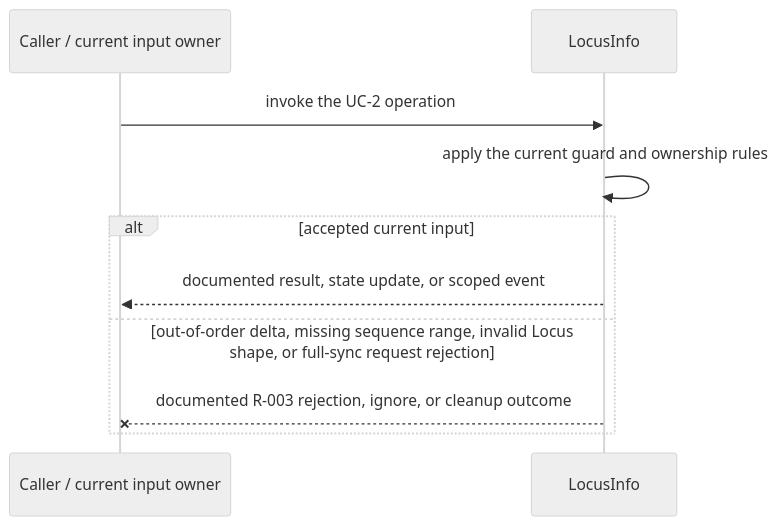
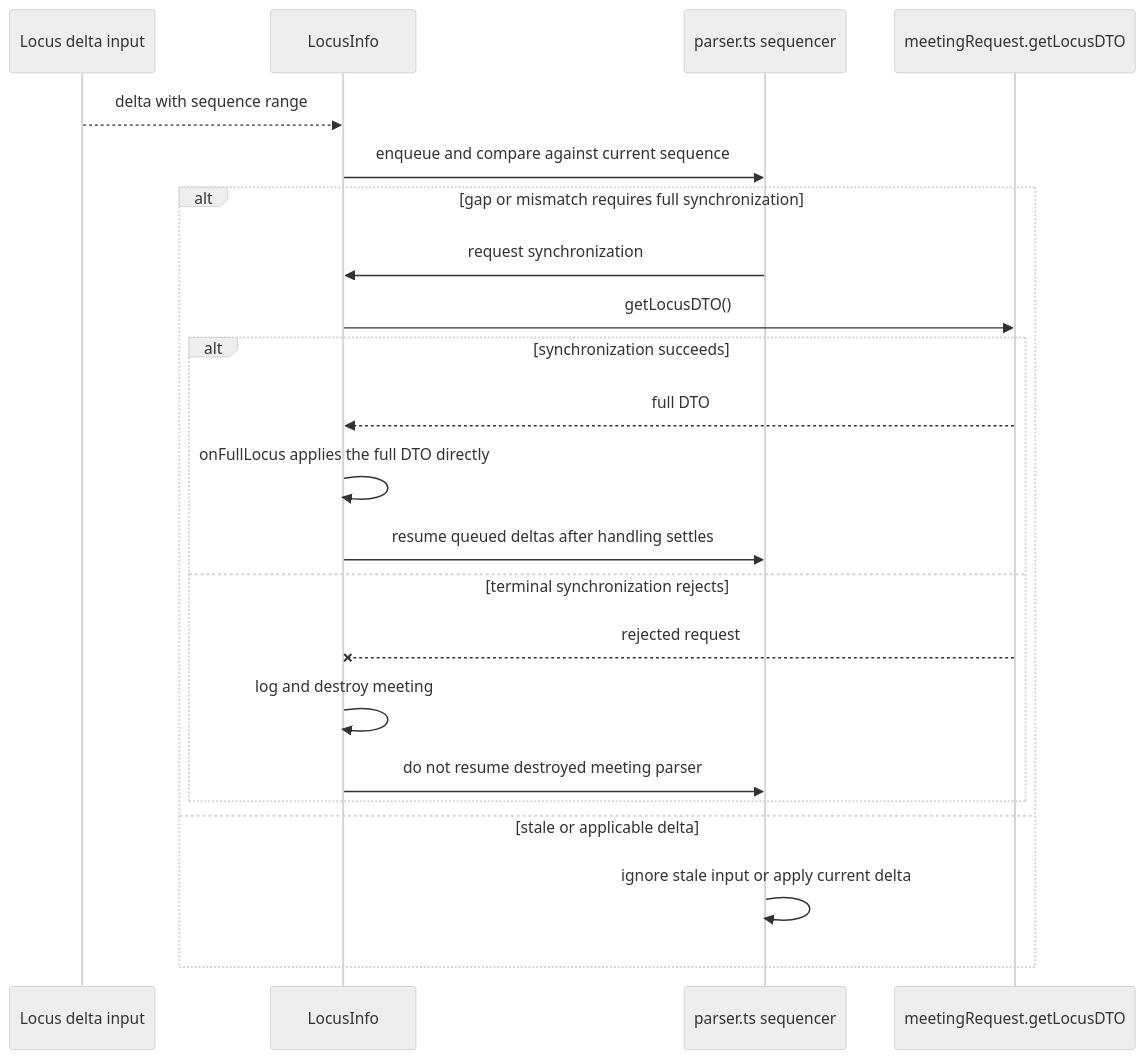
One commit to webex/webex-js-sdk changed the third of 5 diagrams in packages/@webex/plugin-meetings/src/locus-info/ai-docs/locus-info-spec.md. Above: the diagram before and after it, drawn with Mermaid (neutral theme). The commit also changed other lines of this file and 24 other files, not shown here.

````diff
--- a/packages/@webex/plugin-meetings/src/locus-info/ai-docs/locus-info-spec.md
+++ b/packages/@webex/plugin-meetings/src/locus-info/ai-docs/locus-info-spec.md
@@ -156,12 +174,24 @@
 ```mermaid
 sequenceDiagram
-  participant C as Caller / current input owner
-  participant M as LocusInfo
-  C->>M: invoke the UC-2 operation
-  M->>M: apply the current guard and ownership rules
-  alt accepted current input
-    M-->>C: documented result, state update, or scoped event
-  else out-of-order delta, missing sequence range, invalid Locus shape, or full-sync request rejection
-    M--xC: documented R-003 rejection, ignore, or cleanup outcome
+  participant E as Locus delta input
+  participant L as LocusInfo
+  participant P as parser.ts sequencer
+  participant R as meetingRequest.getLocusDTO
+  E-->>L: delta with sequence range
+  L->>P: enqueue and compare against current sequence
+  alt gap or mismatch requires full synchronization
+    P->>L: request synchronization
+    L->>R: getLocusDTO()
+    alt synchronization succeeds
+      R-->>L: full DTO
+      L->>L: onFullLocus applies the full DTO directly
+      L->>P: resume queued deltas after handling settles
+    else terminal synchronization rejects
+      R--xL: rejected request
+      L->>L: log and destroy meeting
+      L->>P: do not resume destroyed meeting parser
+    end
+  else stale or applicable delta
+    P->>P: ignore stale input or apply current delta
   end
 ```
````
